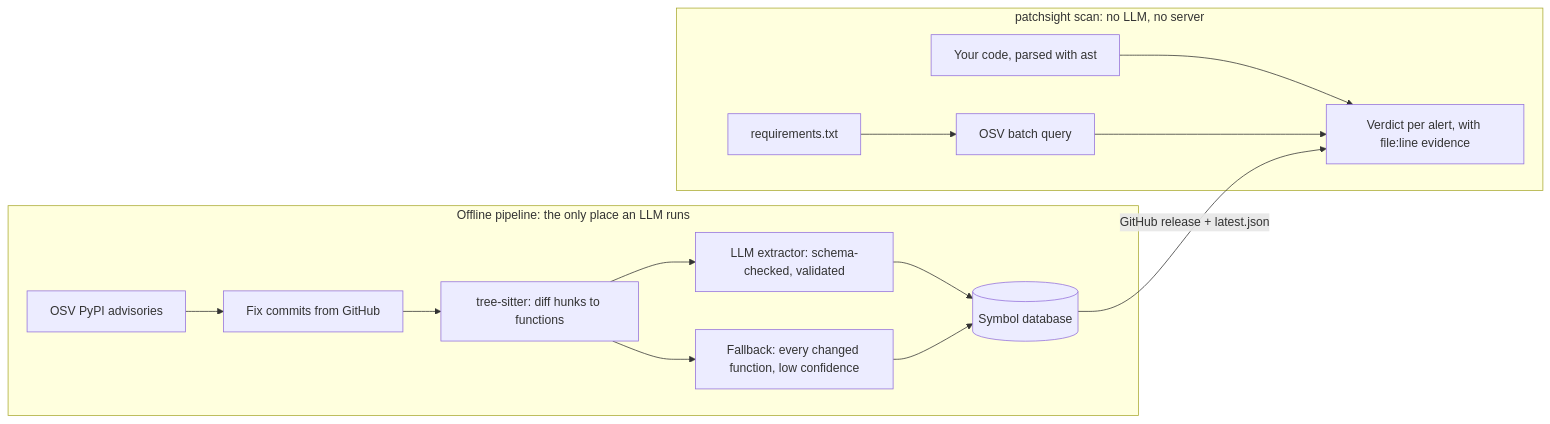
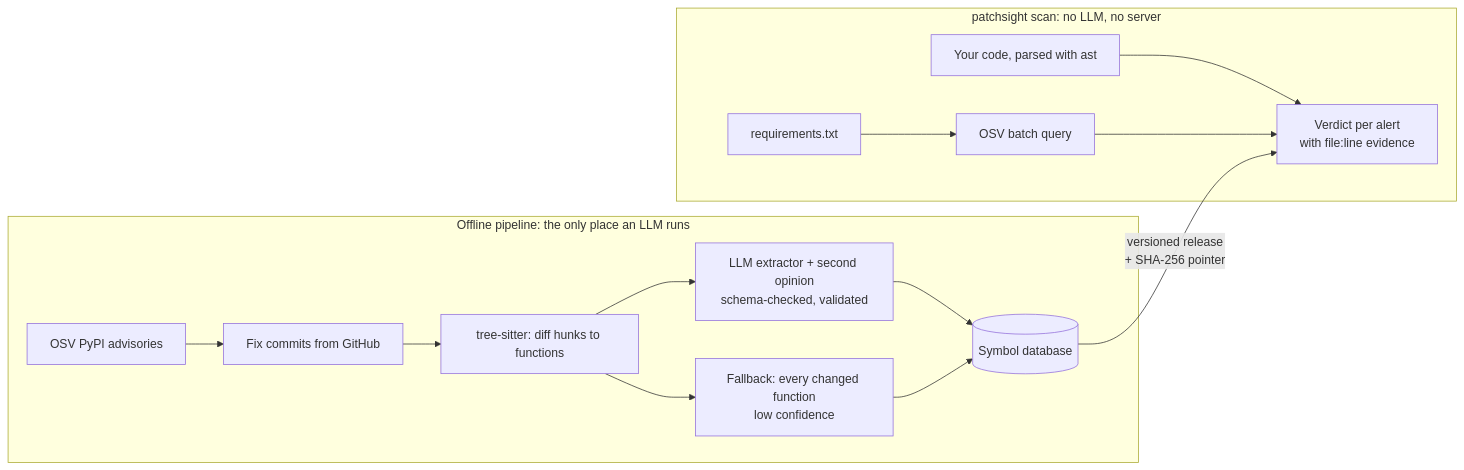
Before and after one commit to professor3333/PatchSight: the diagram in README.md, drawn with Mermaid. The commit also changed other lines of this file and 1 other file, not shown here.

````diff
--- a/README.md
+++ b/README.md
@@ -7,17 +130,17 @@
 ```mermaid
 flowchart LR
   subgraph OFFLINE["Offline pipeline: the only place an LLM runs"]
     A["OSV PyPI advisories"] --> B["Fix commits from GitHub"]
     B --> C["tree-sitter: diff hunks to functions"]
-    C --> D["LLM extractor: schema-checked, validated"]
-    C --> E["Fallback: every changed function, low confidence"]
+    C --> D["LLM extractor + second opinion<br/>schema-checked, validated"]
+    C --> E["Fallback: every changed function<br/>low confidence"]
     D --> F[("Symbol database")]
     E --> F
   end
   subgraph SCAN["patchsight scan: no LLM, no server"]
     G["requirements.txt"] --> H["OSV batch query"]
-    I["Your code, parsed with ast"] --> J["Verdict per alert, with file:line evidence"]
+    I["Your code, parsed with ast"] --> J["Verdict per alert<br/>with file:line evidence"]
     H --> J
   end
-  F -- "GitHub release + latest.json" --> J
+  F -- "versioned release<br/>+ SHA-256 pointer" --> J
 ```
````
